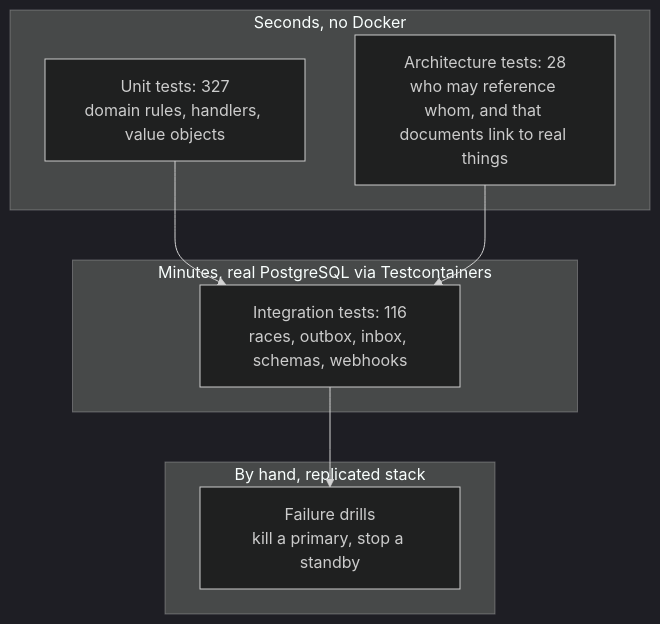
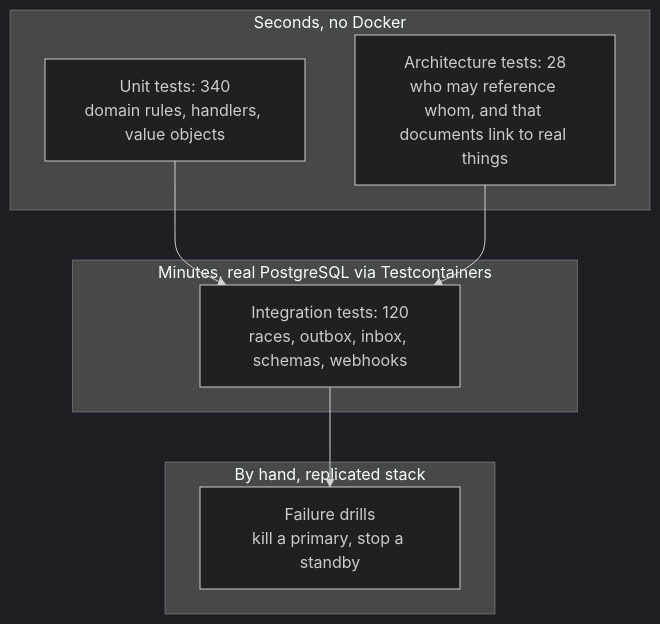
One commit to maysamgamini/crowdfundinghub changed the first of 2 diagrams in docs/TESTS_THAT_TEACH.md. Above: the diagram before and after it, drawn with Mermaid (dark theme). The commit also changed other lines of this file and 21 other files, not shown here.

````diff
--- a/docs/TESTS_THAT_TEACH.md
+++ b/docs/TESTS_THAT_TEACH.md
@@ -7,16 +7,16 @@
 ```mermaid
 flowchart TB
     subgraph Fast["Seconds, no Docker"]
-        U["Unit tests: 327<br/>domain rules, handlers, value objects"]
+        U["Unit tests: 340<br/>domain rules, handlers, value objects"]
         A["Architecture tests: 28<br/>who may reference whom, and that documents link to real things"]
     end
     subgraph Slow["Minutes, real PostgreSQL via Testcontainers"]
-        I["Integration tests: 116<br/>races, outbox, inbox, schemas, webhooks"]
+        I["Integration tests: 120<br/>races, outbox, inbox, schemas, webhooks"]
     end
     subgraph Drills["By hand, replicated stack"]
         D["Failure drills<br/>kill a primary, stop a standby"]
     end
     U --> I
     A --> I
     I --> D
 ```
````
